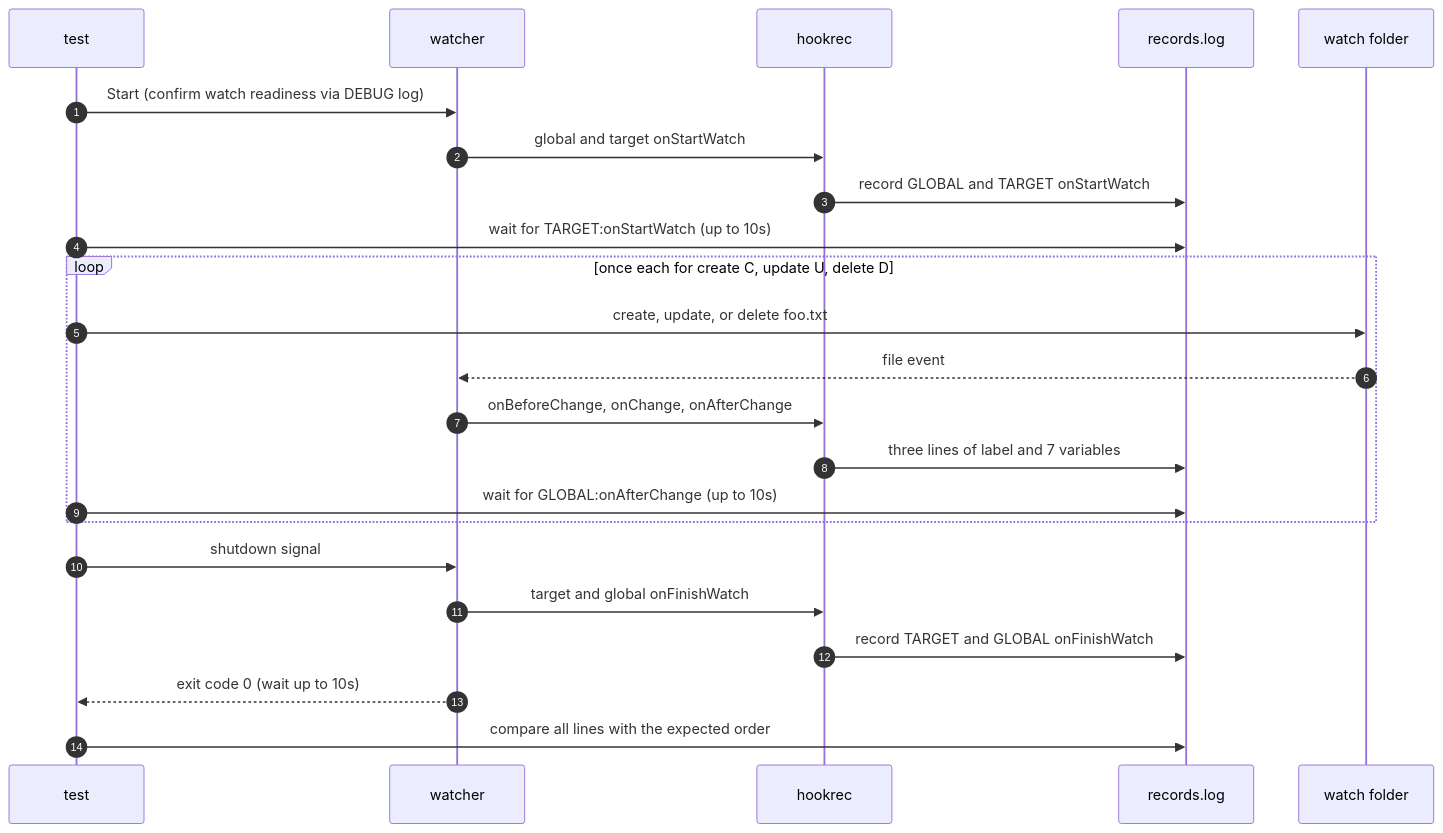
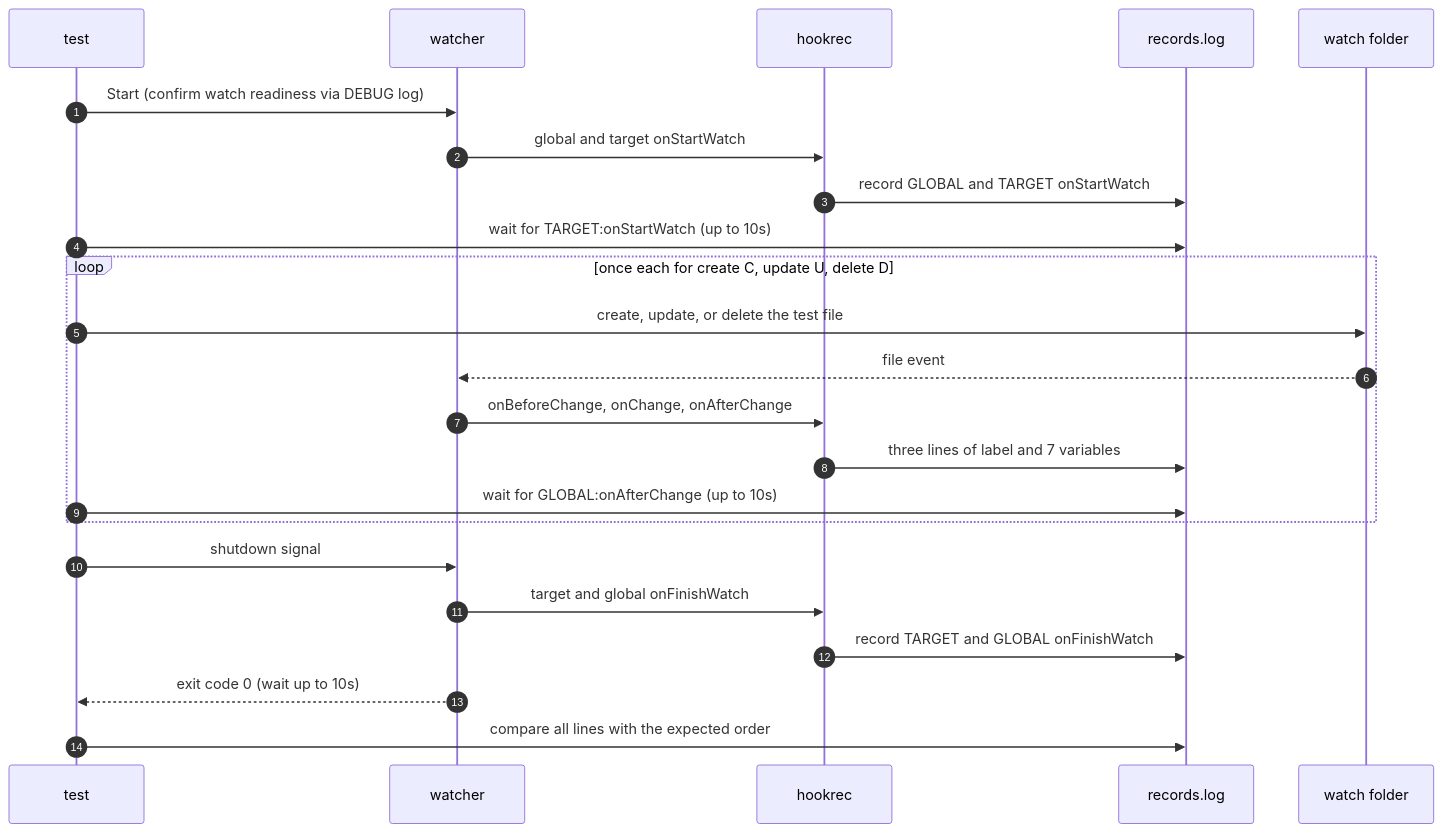
The diagram in e2e/docs/scenarios/golden-path.md (seungyeop-lee/directory-watcher), drawn with Mermaid before and after one commit. The commit also changed other lines of this file and 31 other files, not shown here.

````diff
--- a/e2e/docs/scenarios/golden-path.md
+++ b/e2e/docs/scenarios/golden-path.md
@@ -29,25 +31,25 @@
 ```mermaid
 sequenceDiagram
     autonumber
     participant testCode as test
     participant watcherProc as watcher
     participant hookRec as hookrec
     participant recordFile as records.log
     participant watchDir as watch folder
     testCode->>watcherProc: Start (confirm watch readiness via DEBUG log)
     watcherProc->>hookRec: global and target onStartWatch
     hookRec->>recordFile: record GLOBAL and TARGET onStartWatch
     testCode->>recordFile: wait for TARGET:onStartWatch (up to 10s)
     loop once each for create C, update U, delete D
-        testCode->>watchDir: create, update, or delete foo.txt
+        testCode->>watchDir: create, update, or delete the test file
         watchDir-->>watcherProc: file event
         watcherProc->>hookRec: onBeforeChange, onChange, onAfterChange
         hookRec->>recordFile: three lines of label and 7 variables
         testCode->>recordFile: wait for GLOBAL:onAfterChange (up to 10s)
     end
     testCode->>watcherProc: shutdown signal
     watcherProc->>hookRec: target and global onFinishWatch
     hookRec->>recordFile: record TARGET and GLOBAL onFinishWatch
     watcherProc-->>testCode: exit code 0 (wait up to 10s)
     testCode->>recordFile: compare all lines with the expected order
 ```
````
